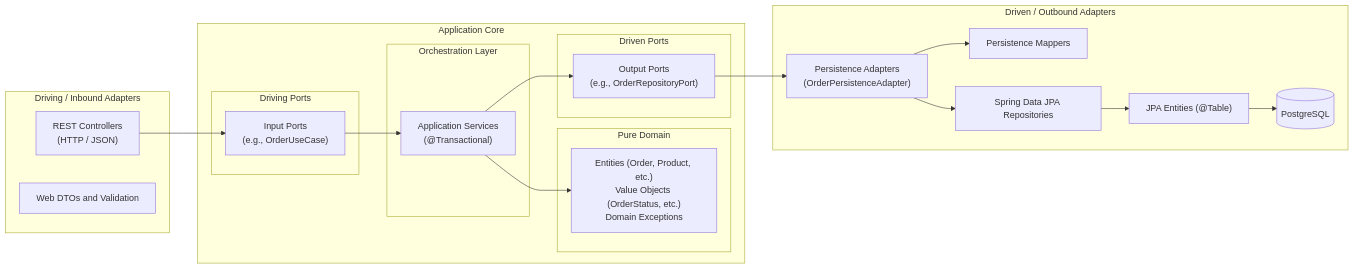
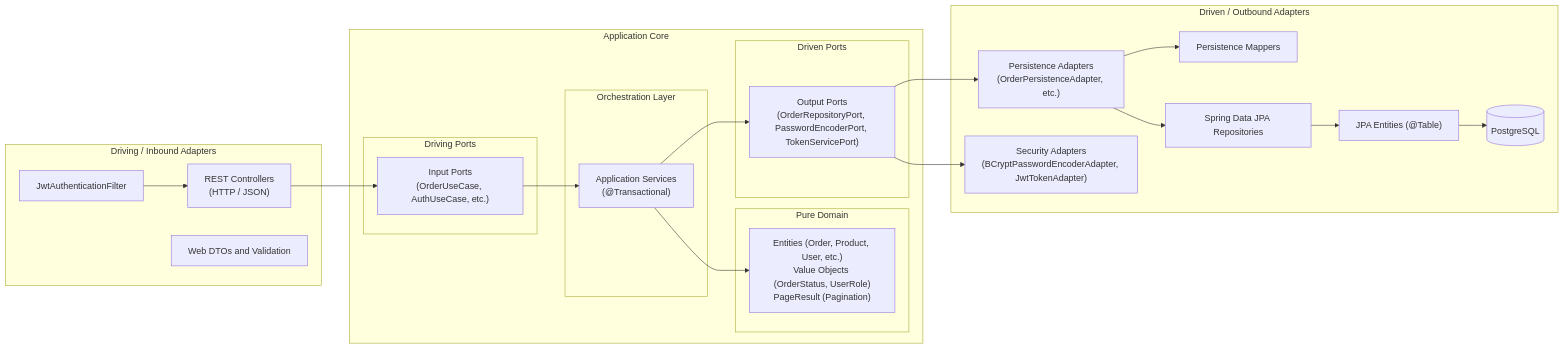
Before and after one commit to IvoBruno/e-commerce: the first of 2 diagrams in README.md, drawn with Mermaid. The commit also changed other lines of this file and 31 other files, not shown here.

First line of the commit message:
feat: Implement authentication and user management features

````diff
--- a/README.md
+++ b/README.md
@@ -39,43 +42,47 @@
 ```mermaid
 graph LR
     subgraph Inbound Adapters [Driving / Inbound Adapters]
         REST["REST Controllers<br/>(HTTP / JSON)"]
         DTO["Web DTOs and Validation"]
+        JWTFilter["JwtAuthenticationFilter"]
     end
 
     subgraph Hexagonal Core [Application Core]
         subgraph Ports In [Driving Ports]
-            UseCases["Input Ports<br/>(e.g., OrderUseCase)"]
+            UseCases["Input Ports<br/>(OrderUseCase, AuthUseCase, etc.)"]
         end
 
         subgraph Application Services [Orchestration Layer]
             AppServices["Application Services<br/>(@Transactional)"]
         end
 
         subgraph Domain Layer [Pure Domain]
-            DomainModel["Entities (Order, Product, etc.)<br/>Value Objects (OrderStatus, etc.)<br/>Domain Exceptions"]
+            DomainModel["Entities (Order, Product, User, etc.)<br/>Value Objects (OrderStatus, UserRole)<br/>PageResult (Pagination)"]
         end
 
         subgraph Ports Out [Driven Ports]
-            RepoPorts["Output Ports<br/>(e.g., OrderRepositoryPort)"]
+            RepoPorts["Output Ports<br/>(OrderRepositoryPort, PasswordEncoderPort, TokenServicePort)"]
         end
     end
 
     subgraph Outbound Adapters [Driven / Outbound Adapters]
-        PersistenceAdapter["Persistence Adapters<br/>(OrderPersistenceAdapter)"]
+        PersistenceAdapter["Persistence Adapters<br/>(OrderPersistenceAdapter, etc.)"]
+        SecurityAdapters["Security Adapters<br/>(BCryptPasswordEncoderAdapter, JwtTokenAdapter)"]
         Mapper["Persistence Mappers"]
         SpringData["Spring Data JPA Repositories"]
         JPA["JPA Entities (@Table)"]
         DB[(PostgreSQL)]
     end
 
     REST --> UseCases
+    JWTFilter --> REST
     UseCases --> AppServices
     AppServices --> DomainModel
     AppServices --> RepoPorts
     RepoPorts --> PersistenceAdapter
+    RepoPorts --> SecurityAdapters
     PersistenceAdapter --> Mapper
     PersistenceAdapter --> SpringData
     SpringData --> JPA
     JPA --> DB
 ```
````
